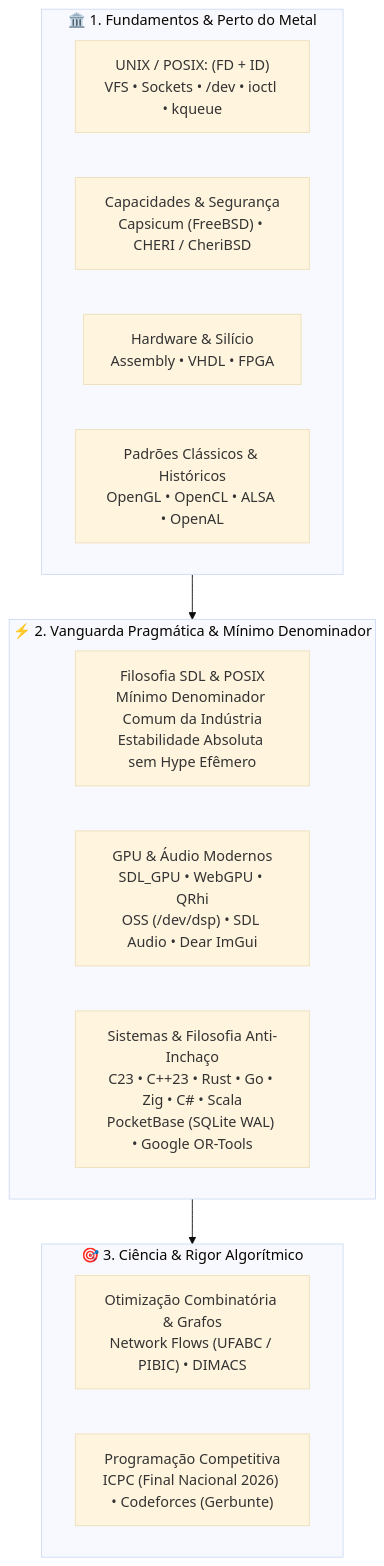
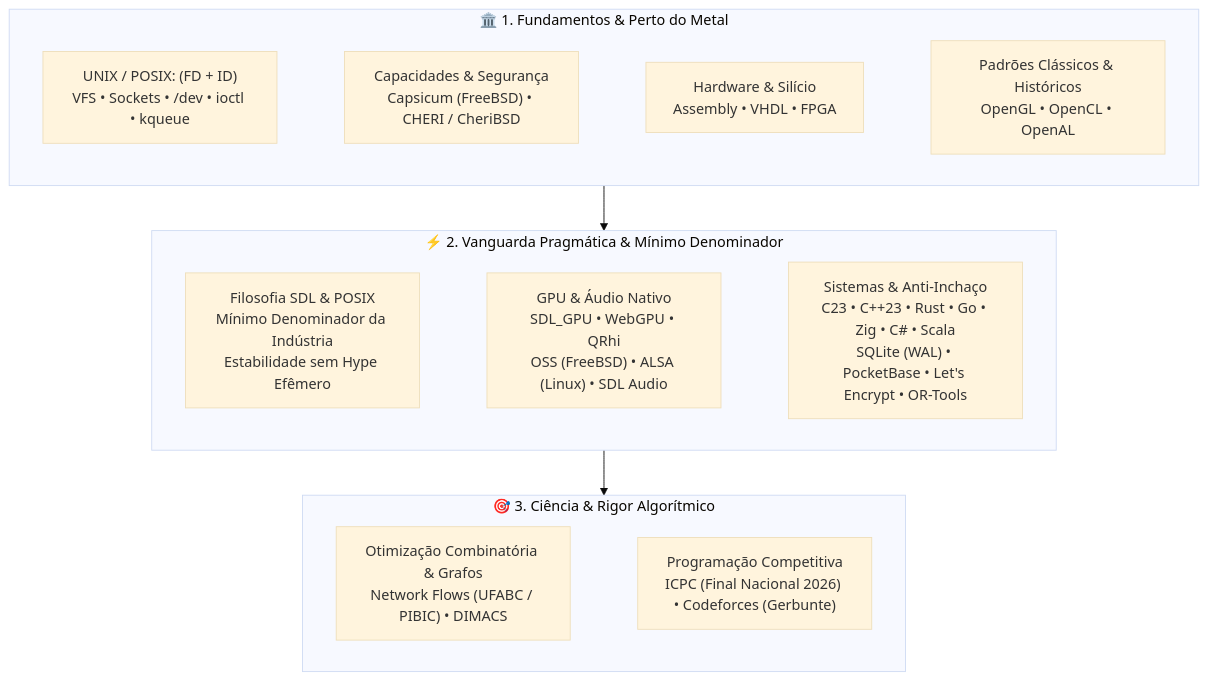
One commit to GabrielFrigo4/GabrielFrigo4 changed the diagram in README.md. Above: the diagram before and after it, drawn with Mermaid (base theme). The commit also changed other lines of this file, not shown here.

Commit message:
docs(profile): refine horizontal mermaid, audio stack, and architecture

````diff
--- a/README.md
+++ b/README.md
@@ -16,25 +16,28 @@
 ```mermaid
 flowchart TD
     subgraph S1 ["🏛️ 1. Fundamentos & Perto do Metal"]
         direction LR
         UNIX["UNIX / POSIX: (FD + ID)<br/>VFS • Sockets • /dev • ioctl • kqueue"]
         SEC["Capacidades & Segurança<br/>Capsicum (FreeBSD) • CHERI / CheriBSD"]
         HW["Hardware & Silício<br/>Assembly • VHDL • FPGA"]
-        HIST["Padrões Clássicos & Históricos<br/>OpenGL • OpenCL • ALSA • OpenAL"]
+        HIST["Padrões Clássicos & Históricos<br/>OpenGL • OpenCL • OpenAL"]
+        UNIX ~~~ SEC ~~~ HW ~~~ HIST
     end
 
     subgraph S2 ["⚡ 2. Vanguarda Pragmática & Mínimo Denominador"]
         direction LR
-        SDL_PHIL["Filosofia SDL & POSIX<br/>Mínimo Denominador Comum da Indústria<br/>Estabilidade Absoluta sem Hype Efêmero"]
-        MOD_GPU["GPU & Áudio Modernos<br/>SDL_GPU • WebGPU • QRhi<br/>OSS (/dev/dsp) • SDL Audio • Dear ImGui"]
-        SYS_PRAG["Sistemas & Filosofia Anti-Inchaço<br/>C23 • C++23 • Rust • Go • Zig • C# • Scala<br/>PocketBase (SQLite WAL) • Google OR-Tools"]
+        SDL_PHIL["Filosofia SDL & POSIX<br/>Mínimo Denominador da Indústria<br/>Estabilidade sem Hype Efêmero"]
+        MOD_GPU["GPU & Áudio Nativo<br/>SDL_GPU • WebGPU • QRhi<br/>OSS (FreeBSD) • ALSA (Linux) • SDL Audio"]
+        SYS_PRAG["Sistemas & Anti-Inchaço<br/>C23 • C++23 • Rust • Go • Zig • C# • Scala<br/>SQLite (WAL) • PocketBase • Let's Encrypt • OR-Tools"]
+        SDL_PHIL ~~~ MOD_GPU ~~~ SYS_PRAG
     end
 
     subgraph S3 ["🎯 3. Ciência & Rigor Algorítmico"]
         direction LR
         OPT["Otimização Combinatória & Grafos<br/>Network Flows (UFABC / PIBIC) • DIMACS"]
         CP["Programação Competitiva<br/>ICPC (Final Nacional 2026) • Codeforces (Gerbunte)"]
+        OPT ~~~ CP
     end
 
     S1 --> S2 --> S3
 ```
````
